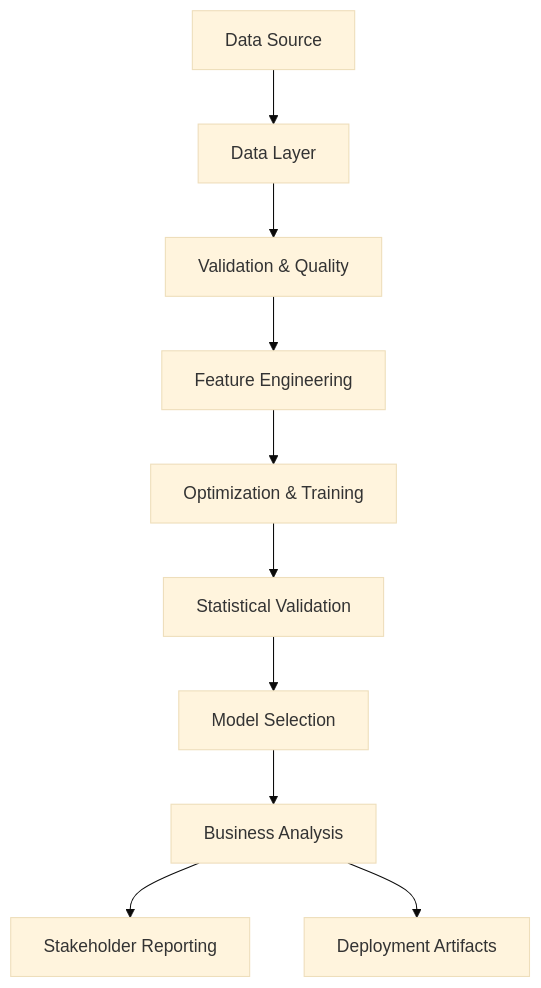
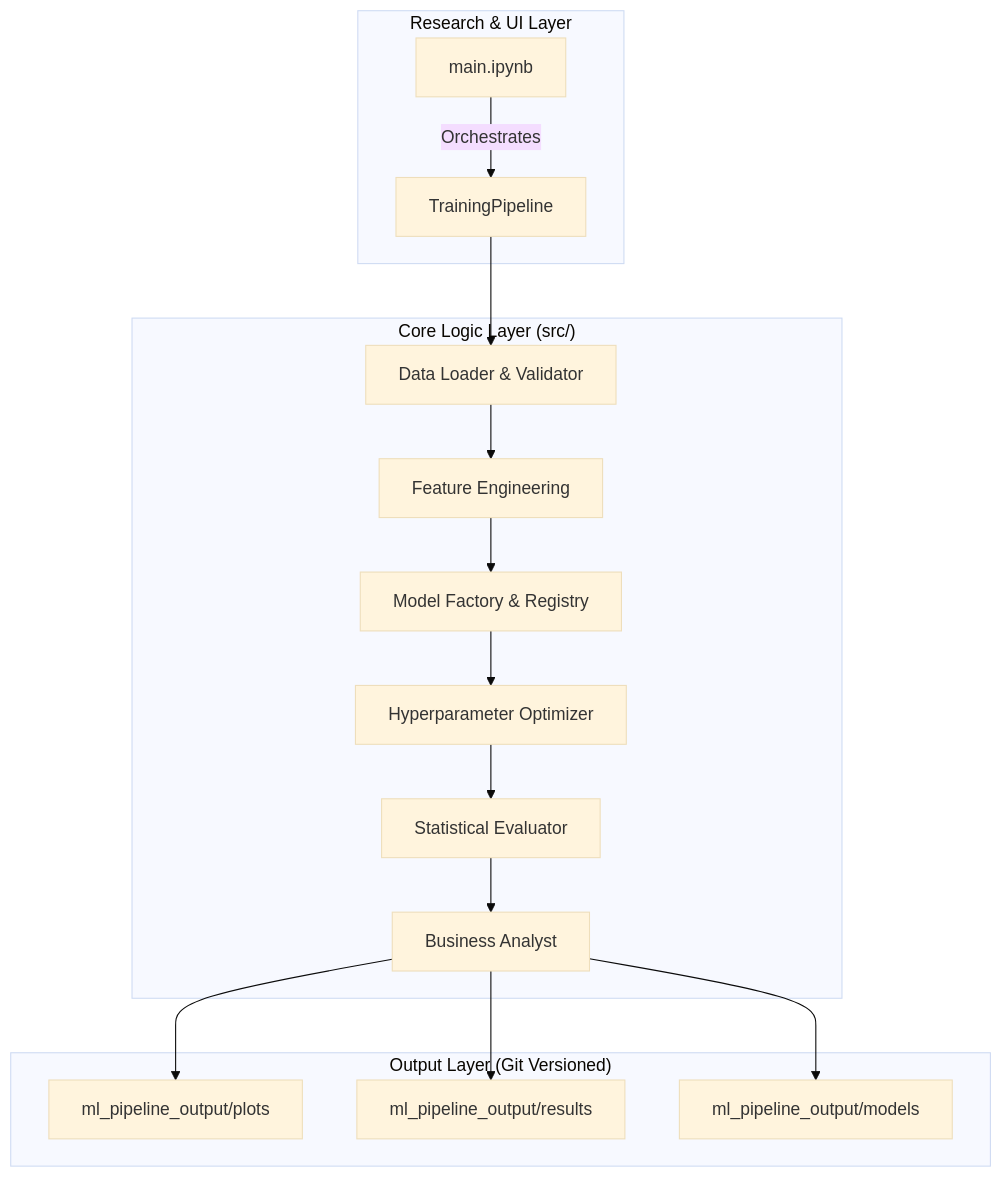
The diagram in README.md (onurceylan/Credit-Approval-ML-Pipeline-Enterprise-), drawn with Mermaid (base theme) before and after one commit. The commit also changed other lines of this file and 5 other files, not shown here.

````diff
--- a/README.md
+++ b/README.md
@@ -28,12 +43,21 @@
 ```mermaid
 graph TD
-    A[Data Source] --> B[Data Layer]
-    B --> C[Validation & Quality]
-    C --> D[Feature Engineering]
-    D --> E[Optimization & Training]
-    E --> F[Statistical Validation]
-    F --> G[Model Selection]
-    G --> H[Business Analysis]
-    H --> I[Stakeholder Reporting]
-    H --> J[Deployment Artifacts]
+    subgraph "Research & UI Layer"
+        A[main.ipynb] -->|Orchestrates| B[TrainingPipeline]
+    end
+    
+    subgraph "Core Logic Layer (src/)"
+        B --> C[Data Loader & Validator]
+        C --> D[Feature Engineering]
+        D --> E[Model Factory & Registry]
+        E --> F[Hyperparameter Optimizer]
+        F --> G[Statistical Evaluator]
+        G --> H[Business Analyst]
+    end
+    
+    subgraph "Output Layer (Git Versioned)"
+        H --> I[ml_pipeline_output/plots]
+        H --> J[ml_pipeline_output/results]
+        H --> K[ml_pipeline_output/models]
+    end
 ```
````
